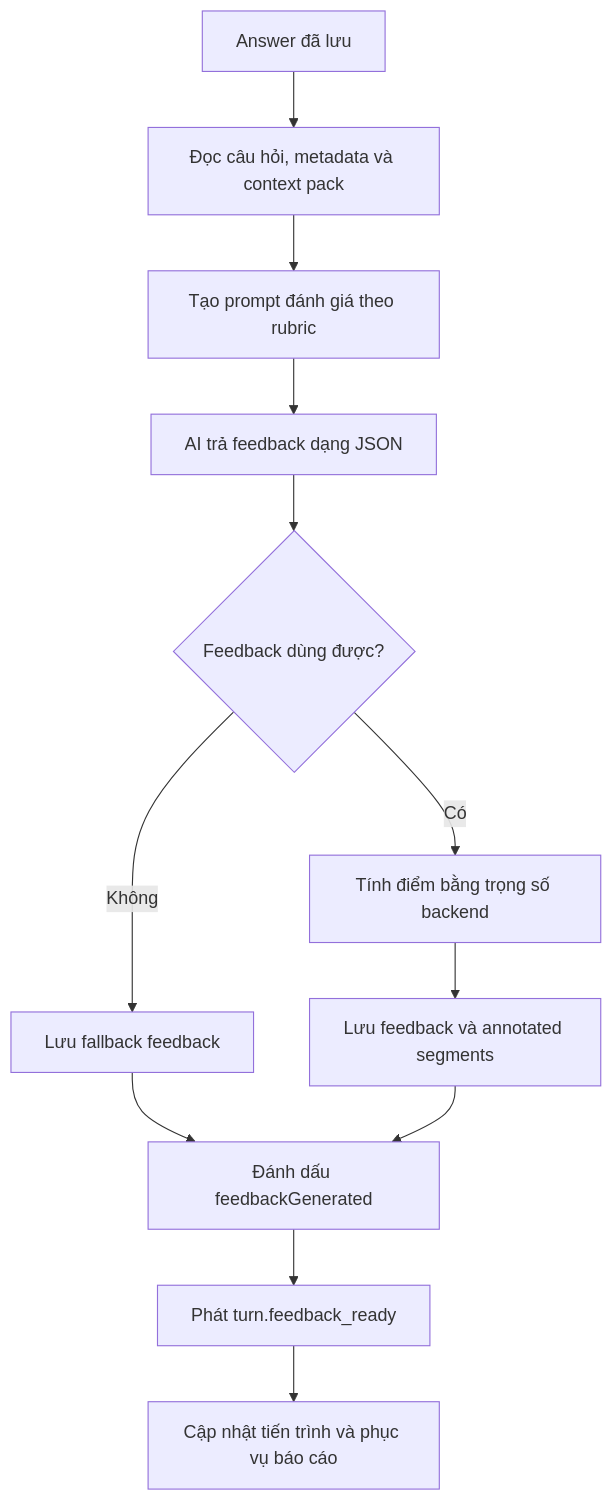
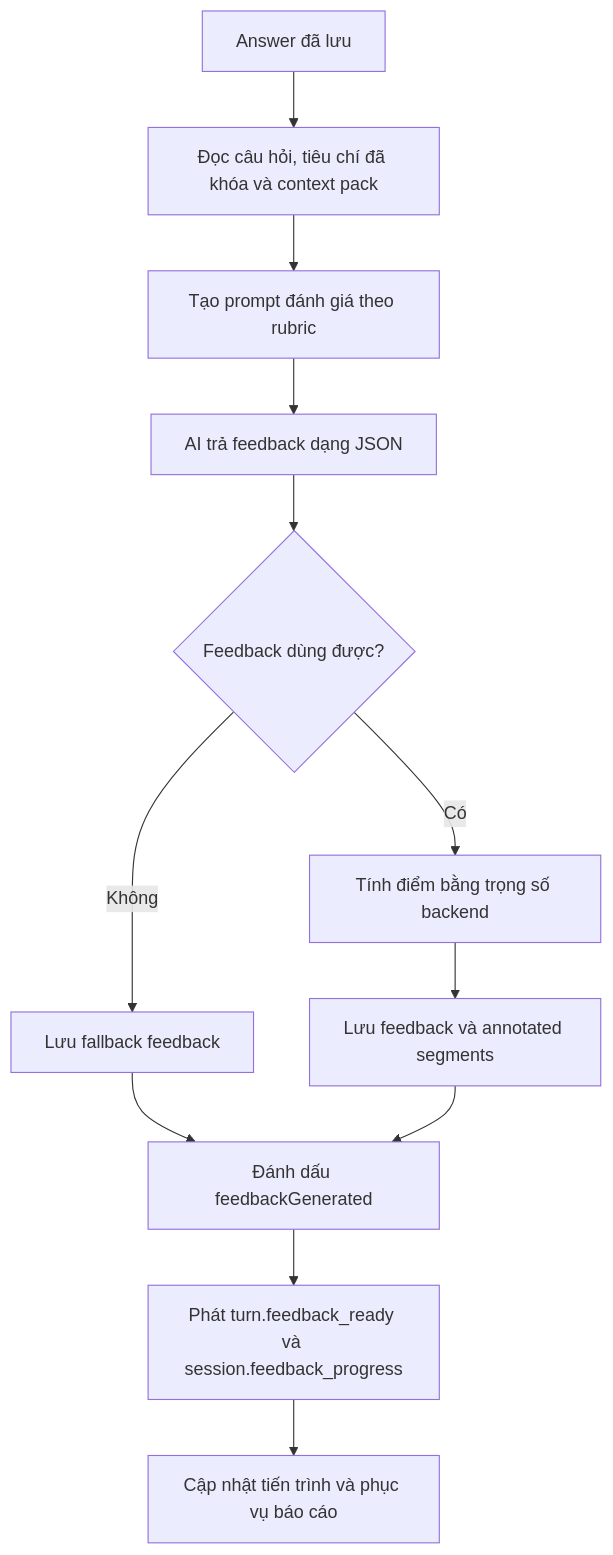
Before and after one commit to lethanhan01/interview-coach: the tenth of 18 diagrams in docs/final_report/Chuong4.md, drawn with Mermaid. The commit also changed other lines of this file and 2 other files, not shown here.

````diff
--- a/docs/final_report/Chuong4.md
+++ b/docs/final_report/Chuong4.md
@@ -615,14 +683,14 @@
 ```mermaid
 flowchart TD
-    A[Answer đã lưu] --> B[Đọc câu hỏi, metadata và context pack]
+    A[Answer đã lưu] --> B[Đọc câu hỏi, tiêu chí đã khóa và context pack]
     B --> C[Tạo prompt đánh giá theo rubric]
     C --> D[AI trả feedback dạng JSON]
     D --> E{Feedback dùng được?}
     E -->|Không| F[Lưu fallback feedback]
     E -->|Có| G[Tính điểm bằng trọng số backend]
     G --> H[Lưu feedback và annotated segments]
     F --> I[Đánh dấu feedbackGenerated]
     H --> I
-    I --> J[Phát turn.feedback_ready]
+    I --> J[Phát turn.feedback_ready và session.feedback_progress]
     J --> K[Cập nhật tiến trình và phục vụ báo cáo]
 ```
````
